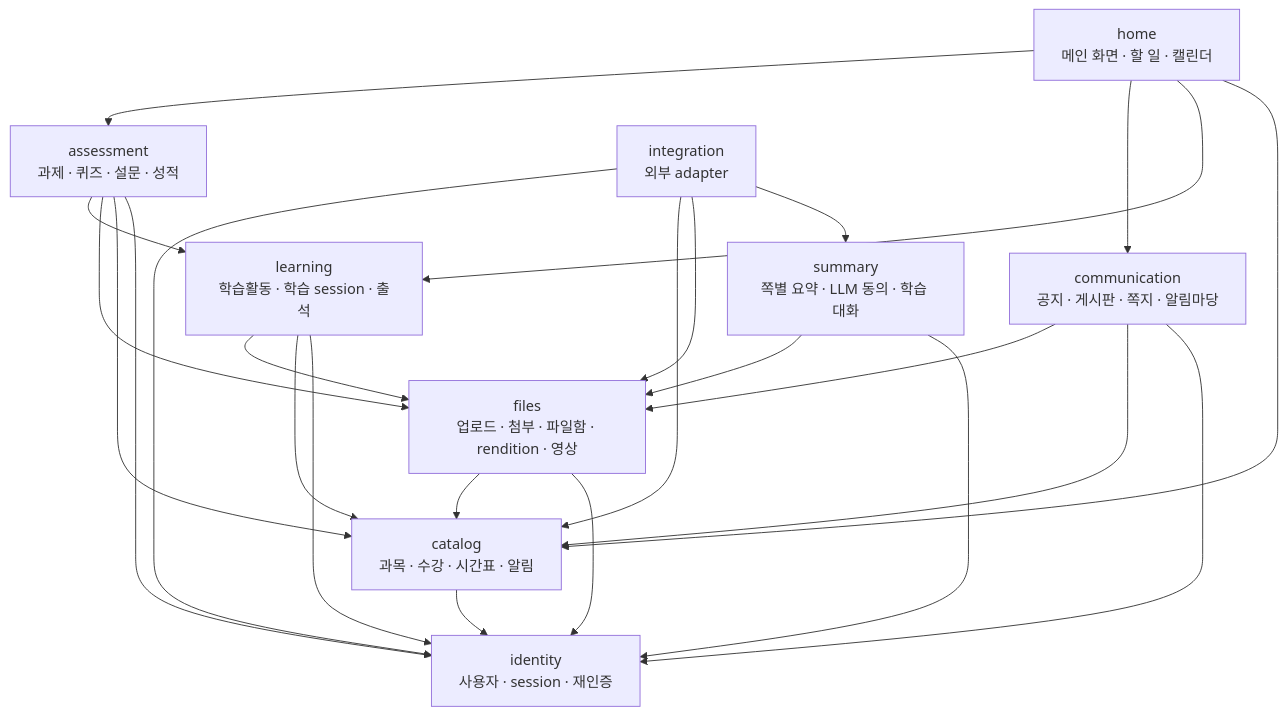
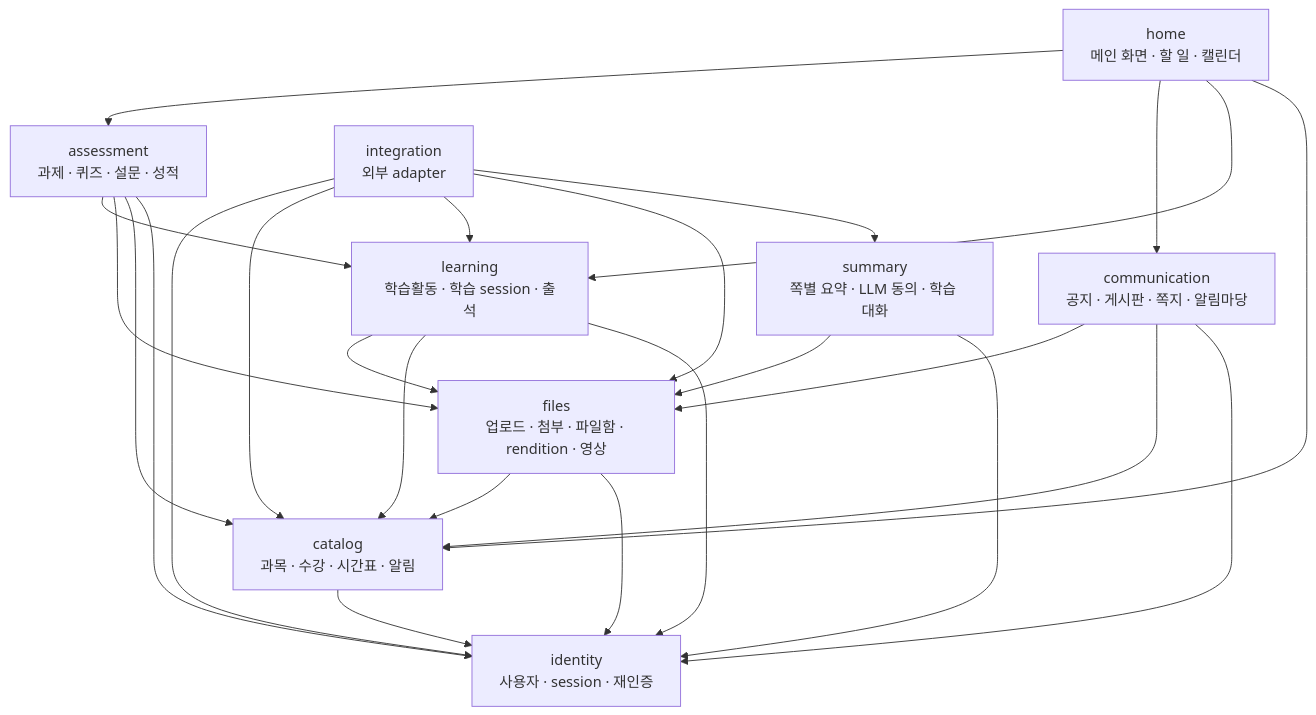
One commit to 2026ENDPoinT/team13 changed the fifth of 18 diagrams in backend/docs/c4.md. Above: the diagram before and after it, drawn with Mermaid. The commit also changed other lines of this file and 2 other files, not shown here.

Commit message:
STAC-000 integration의 learning api 의존 선언 복구

````diff
--- a/backend/docs/c4.md
+++ b/backend/docs/c4.md
@@ -221,20 +221,20 @@
 ```mermaid
 flowchart TD
   HOME["home<br/>메인 화면 · 할 일 · 캘린더"]
   ASM["assessment<br/>과제 · 퀴즈 · 설문 · 성적"]
   COM["communication<br/>공지 · 게시판 · 쪽지 · 알림마당"]
   LRN["learning<br/>학습활동 · 학습 session · 출석"]
   SUM["summary<br/>쪽별 요약 · LLM 동의 · 학습 대화"]
   FIL["files<br/>업로드 · 첨부 · 파일함 · rendition · 영상"]
   CAT["catalog<br/>과목 · 수강 · 시간표 · 알림"]
   IDN["identity<br/>사용자 · session · 재인증"]
   INT["integration<br/>외부 adapter"]
   HOME --> ASM & COM & LRN & CAT
   ASM --> LRN & FIL & CAT & IDN
   COM --> FIL & CAT & IDN
   LRN --> FIL & CAT & IDN
   SUM --> FIL & IDN
   FIL --> CAT & IDN
   CAT --> IDN
-  INT --> IDN & CAT & FIL & SUM
+  INT --> IDN & CAT & LRN & FIL & SUM
 ```
````
